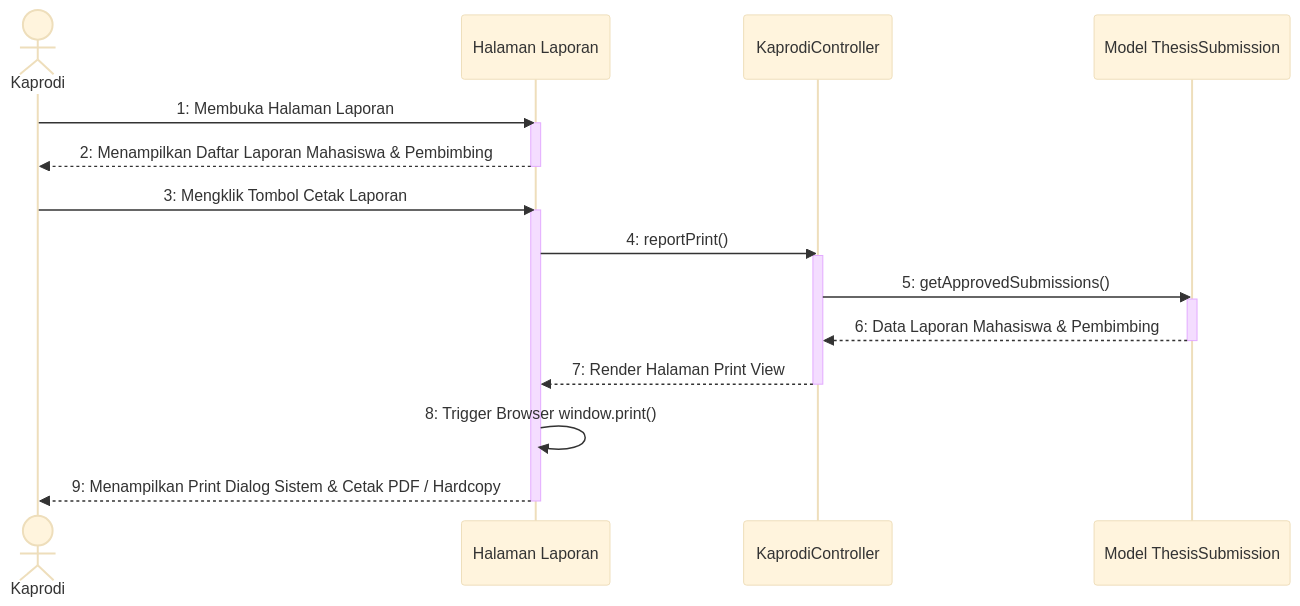
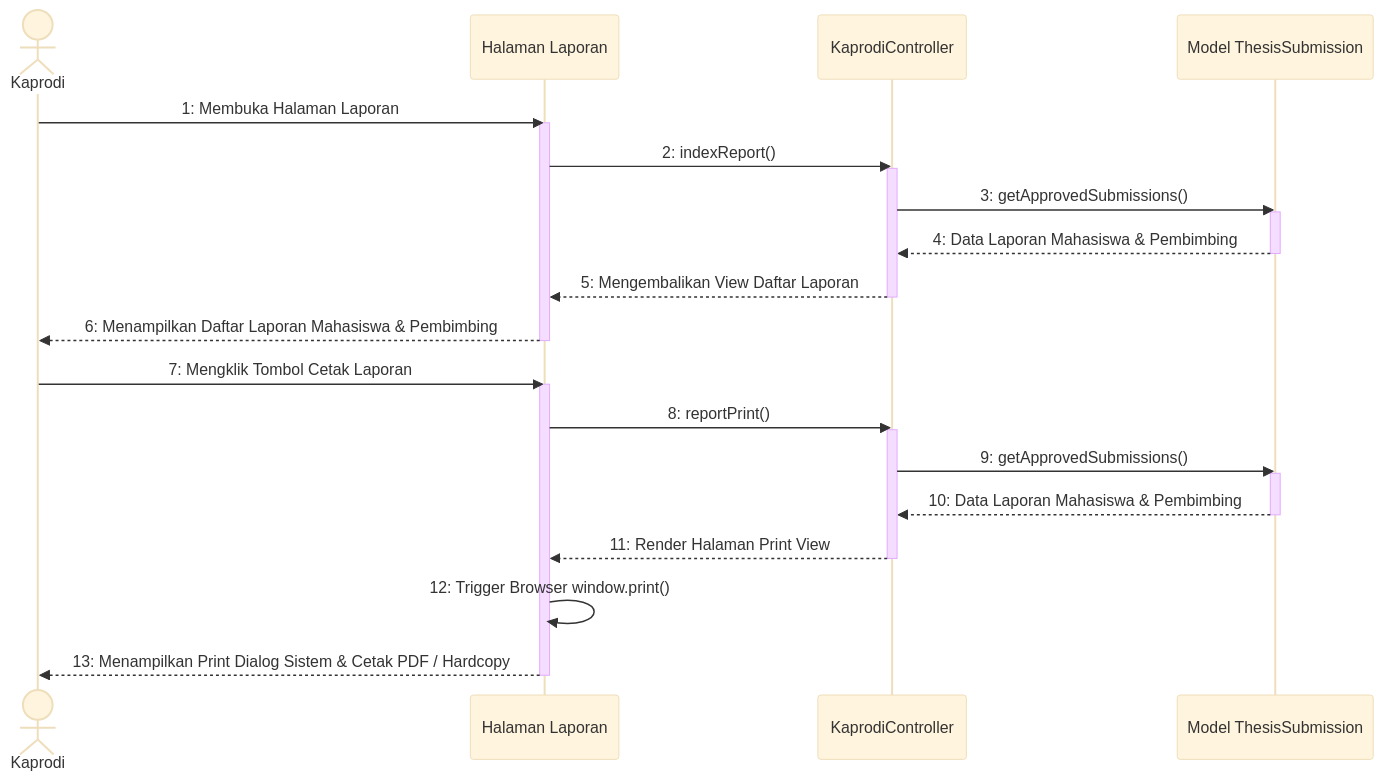
Before and after one commit to Duandi04/ta_submission: the diagram in docs/uml/Sequence Diagram/Kaprodi/sequence_diagram_cetak_laporan_pengajuan_proposal.md, drawn with Mermaid (base theme). The commit also changed 7 other files, not shown here.

Commit message:
docs: add sequence diagrams for Kaprodi management and user profile features

````diff
--- a/docs/uml/Sequence Diagram/Kaprodi/sequence_diagram_cetak_laporan_pengajuan_proposal.md
+++ b/docs/uml/Sequence Diagram/Kaprodi/sequence_diagram_cetak_laporan_pengajuan_proposal.md
@@ -5,32 +5,40 @@
 ```mermaid
 sequenceDiagram
     actor Kaprodi as Kaprodi
     participant UI as Halaman Laporan
     participant Ctrl as KaprodiController
     participant Model as Model ThesisSubmission
 
     %% ==========================================
     %% TAHAP AWAL: MEMBUKA HALAMAN LAPORAN
     %% ==========================================
     Kaprodi->>UI: 1: Membuka Halaman Laporan
     activate UI
-    UI-->>Kaprodi: 2: Menampilkan Daftar Laporan Mahasiswa & Pembimbing
+    UI->>Ctrl: 2: indexReport()
+    activate Ctrl
+    Ctrl->>Model: 3: getApprovedSubmissions()
+    activate Model
+    Model-->>Ctrl: 4: Data Laporan Mahasiswa & Pembimbing
+    deactivate Model
+    Ctrl-->>UI: 5: Mengembalikan View Daftar Laporan
+    deactivate Ctrl
+    UI-->>Kaprodi: 6: Menampilkan Daftar Laporan Mahasiswa & Pembimbing
     deactivate UI
 
     %% ==========================================
     %% TAHAP LANJUTAN: CETAK LAPORAN
     %% ==========================================
-    Kaprodi->>UI: 3: Mengklik Tombol Cetak Laporan
+    Kaprodi->>UI: 7: Mengklik Tombol Cetak Laporan
     activate UI
-    UI->>Ctrl: 4: reportPrint()
+    UI->>Ctrl: 8: reportPrint()
     activate Ctrl
-    Ctrl->>Model: 5: getApprovedSubmissions()
+    Ctrl->>Model: 9: getApprovedSubmissions()
     activate Model
-    Model-->>Ctrl: 6: Data Laporan Mahasiswa & Pembimbing
+    Model-->>Ctrl: 10: Data Laporan Mahasiswa & Pembimbing
     deactivate Model
-    Ctrl-->>UI: 7: Render Halaman Print View
+    Ctrl-->>UI: 11: Render Halaman Print View
     deactivate Ctrl
-    UI->>UI: 8: Trigger Browser window.print()
-    UI-->>Kaprodi: 9: Menampilkan Print Dialog Sistem & Cetak PDF / Hardcopy
+    UI->>UI: 12: Trigger Browser window.print()
+    UI-->>Kaprodi: 13: Menampilkan Print Dialog Sistem & Cetak PDF / Hardcopy
     deactivate UI
 ```
````
